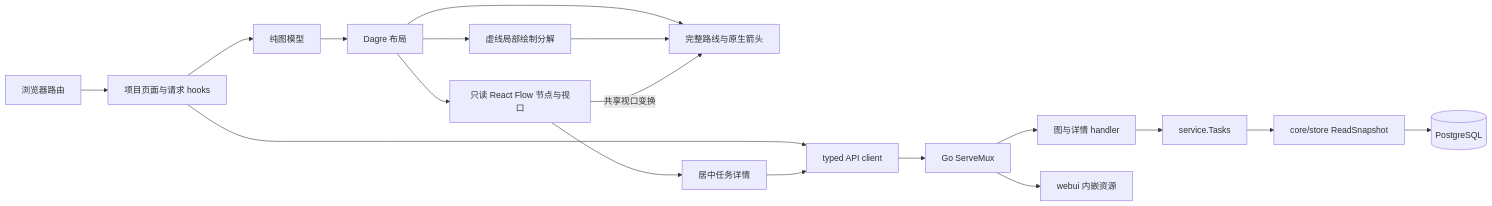
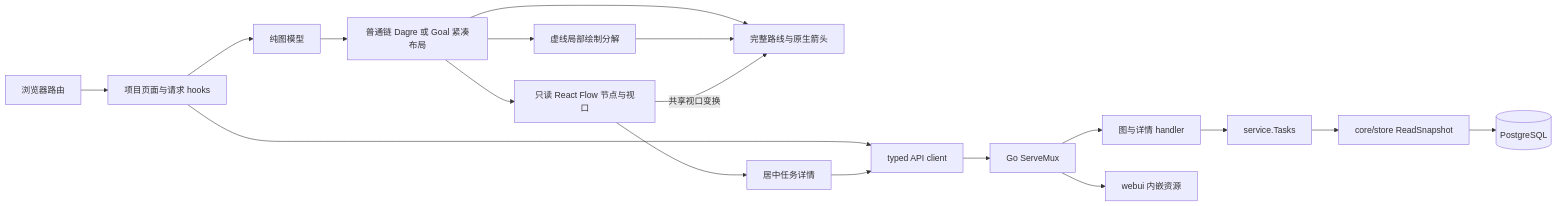
One commit to codetreker/daynight changed the diagram in docs/design/daynight-web.md. Above: the diagram before and after it, drawn with Mermaid. The commit also changed other lines of this file and 13 other files, not shown here.

Commit message:
Compact Goal dependency graph layout

````diff
--- a/docs/design/daynight-web.md
+++ b/docs/design/daynight-web.md
@@ -703,20 +704,20 @@
 ```mermaid
 flowchart LR
   Browser[浏览器路由] --> Page[项目页面与请求 hooks]
   Page --> Client[typed API client]
   Page --> Model[纯图模型]
-  Model --> Layout[Dagre 布局]
+  Model --> Layout[普通链 Dagre 或 Goal 紧凑布局]
   Layout --> Canvas[只读 React Flow 节点与视口]
   Layout --> Paint[虚线局部绘制分解]
   Layout --> SVG[完整路线与原生箭头]
   Paint --> SVG
   Canvas -->|共享视口变换| SVG
   Canvas --> Detail[居中任务详情]
   Detail --> Client
   Client --> Mux[Go ServeMux]
   Mux --> HTTP[图与详情 handler]
   Mux --> Assets[webui 内嵌资源]
   HTTP --> Service[service.Tasks]
   Service --> Store[core/store ReadSnapshot]
   Store --> PG[(PostgreSQL)]
 ```
````
